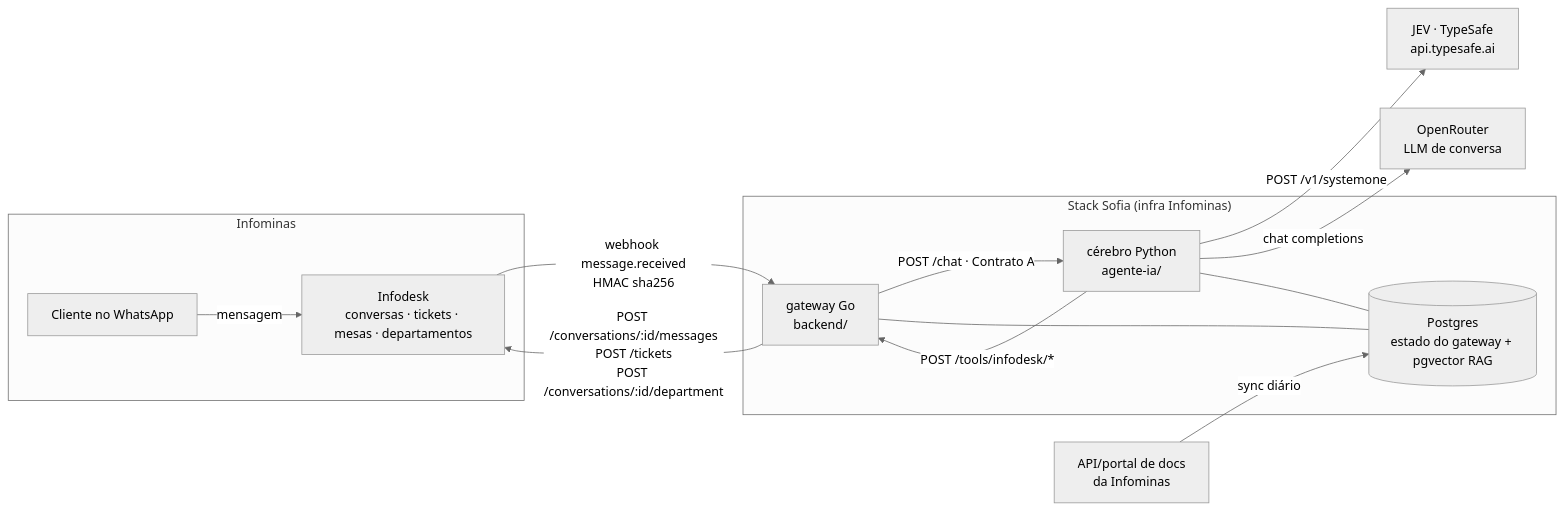
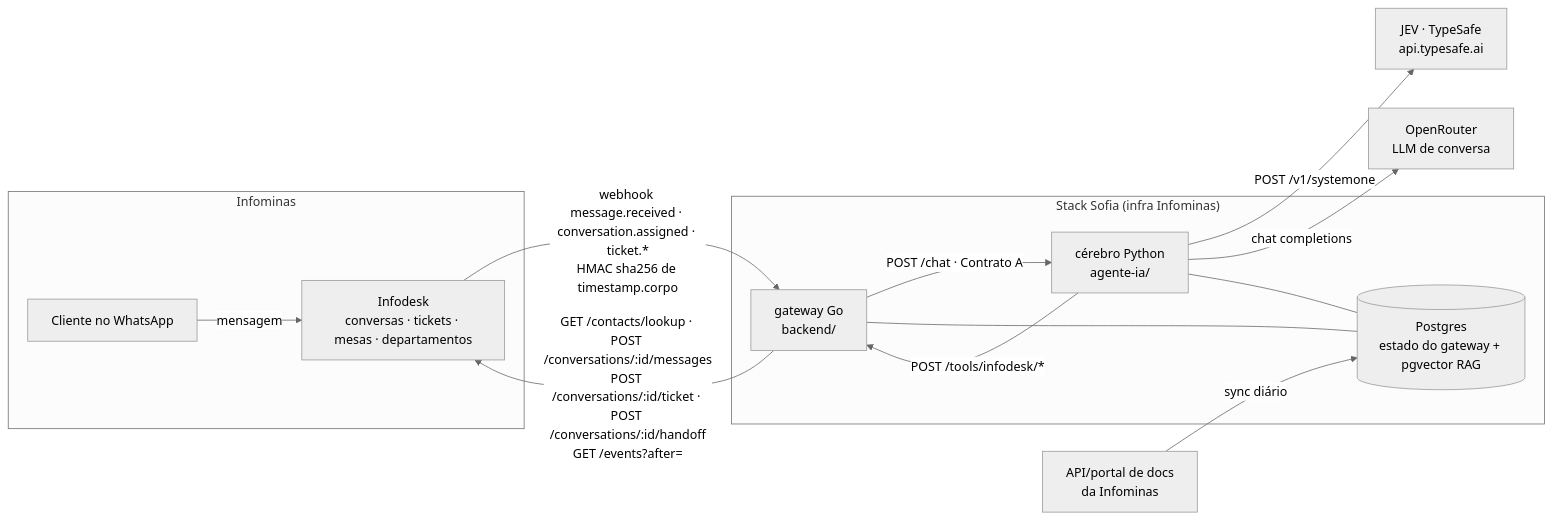
The first of 2 diagrams in docs/plano/00-visao-geral.md (Danilim04/sofia-agente-ia-infominas), drawn with Mermaid (neutral theme) before and after one commit. The commit also changed other lines of this file and 19 other files, not shown here.

````diff
--- a/docs/plano/00-visao-geral.md
+++ b/docs/plano/00-visao-geral.md
@@ -37,26 +37,26 @@
 ```mermaid
 flowchart LR
     subgraph Infominas
         WA[Cliente no WhatsApp]
         ID[Infodesk<br/>conversas · tickets · mesas · departamentos]
     end
     subgraph "Stack Sofia (infra Infominas)"
         GW[gateway Go<br/>backend/]
         BR[cérebro Python<br/>agente-ia/]
         PG[(Postgres<br/>estado do gateway + pgvector RAG)]
     end
     JEV[JEV · TypeSafe<br/>api.typesafe.ai]
     LLM[OpenRouter<br/>LLM de conversa]
     DOCS[API/portal de docs<br/>da Infominas]
 
     WA -->|mensagem| ID
-    ID -->|webhook message.received<br/>HMAC sha256| GW
+    ID -->|webhook message.received · conversation.assigned · ticket.*<br/>HMAC sha256 de timestamp.corpo| GW
     GW -->|POST /chat · Contrato A| BR
     BR -->|POST /v1/systemone| JEV
     BR -->|chat completions| LLM
     BR -->|POST /tools/infodesk/*| GW
-    GW -->|POST /conversations/:id/messages<br/>POST /tickets<br/>POST /conversations/:id/department| ID
+    GW -->|GET /contacts/lookup · POST /conversations/:id/messages<br/>POST /conversations/:id/ticket · POST /conversations/:id/handoff<br/>GET /events?after=| ID
     GW --- PG
     BR --- PG
     DOCS -->|sync diário| PG
 ```
````
